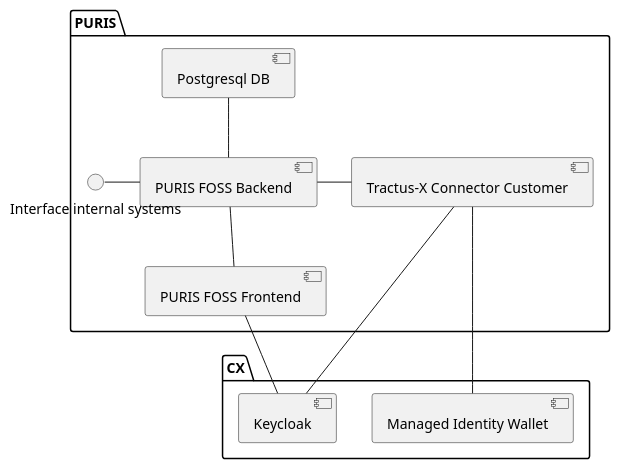
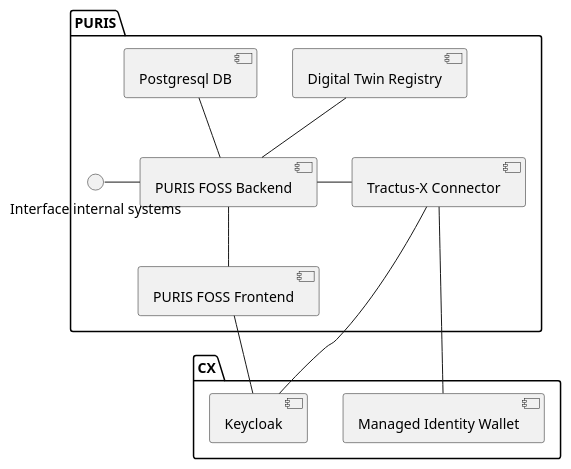
One commit to eclipse-tractusx/puris changed the diagram in docs/arc42/puml/07-deployment-argo.puml. Above: the diagram before and after it, drawn with PlantUML. The commit also changed 11 other files, not shown here.

```diff
--- a/docs/arc42/puml/07-deployment-argo.puml
+++ b/docs/arc42/puml/07-deployment-argo.puml
@@ -1,30 +1,32 @@
 @startuml
 
 
 package "PURIS"{
 
-  [Tractus-X Connector Customer] as edc
+  [Tractus-X Connector] as edc
+  [Digital Twin Registry] as dtr
 
   [Postgresql DB] as postgres
   [PURIS FOSS Backend] as puris_backend
   [PURIS FOSS Frontend] as puris_frontend
 
   puris_backend - edc
+  dtr -- puris_backend
   postgres -- puris_backend
   "Interface internal systems\n" - puris_backend
   puris_backend -- puris_frontend
 
 }
 
 package "CX" {
 
   [Keycloak] as keycloak
   [Managed Identity Wallet] as miw
 
 }
 
 edc -- keycloak
 edc -- miw
 puris_frontend -- keycloak
 
 @enduml
```
